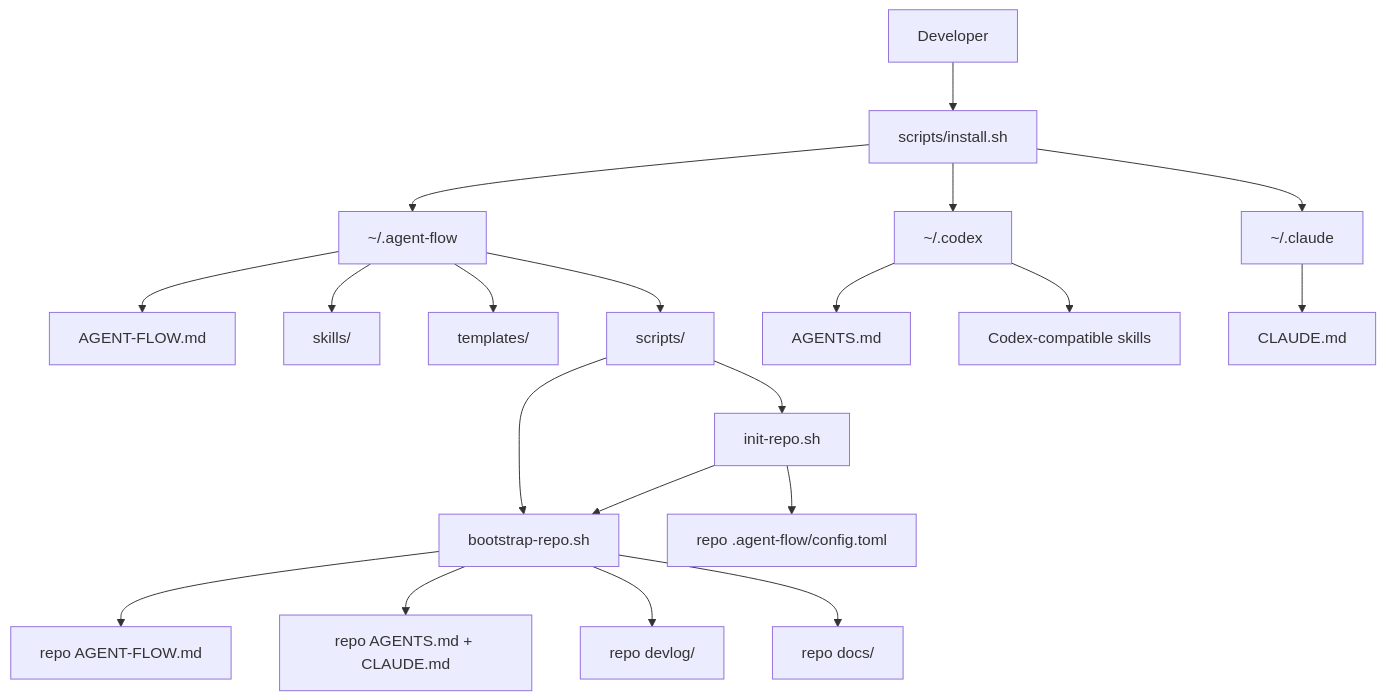
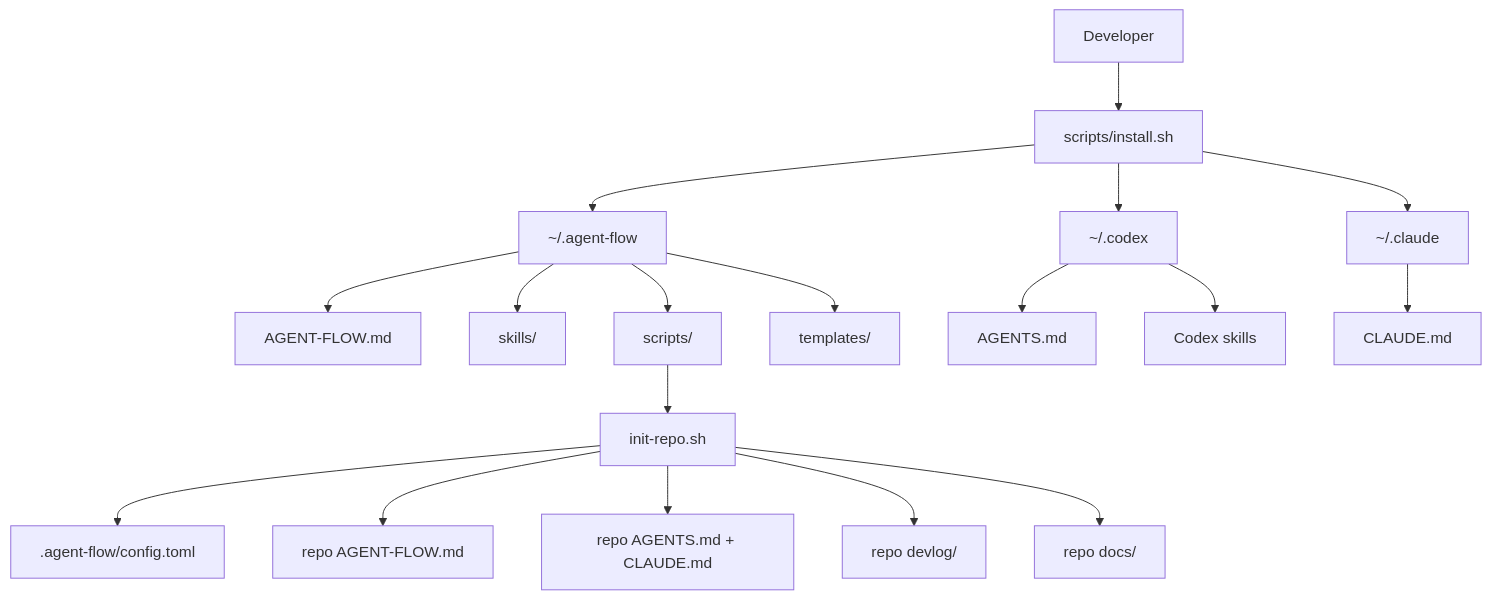
One commit to miketaheny/codex-setup changed the first of 4 diagrams in docs/ARCHITECTURE.md. Above: the diagram before and after it, drawn with Mermaid. The commit also changed other lines of this file and 48 other files, not shown here.

Commit message:
chore: af simplify flow

````diff
--- a/docs/ARCHITECTURE.md
+++ b/docs/ARCHITECTURE.md
@@ -7,25 +7,23 @@
 ```mermaid
 flowchart TD
     User["Developer"] --> Install["scripts/install.sh"]
     Install --> AFHome["~/.agent-flow"]
     Install --> CodexHome["~/.codex"]
     Install --> ClaudeHome["~/.claude"]
 
-    AFHome --> SharedRules["AGENT-FLOW.md"]
-    AFHome --> SharedSkills["skills/"]
-    AFHome --> SharedTemplates["templates/"]
-    AFHome --> SharedScripts["scripts/"]
+    AFHome --> Rules["AGENT-FLOW.md"]
+    AFHome --> Skills["skills/"]
+    AFHome --> Scripts["scripts/"]
+    AFHome --> Templates["templates/"]
 
     CodexHome --> CodexAdapter["AGENTS.md"]
-    CodexHome --> CodexSkills["Codex-compatible skills"]
+    CodexHome --> CodexSkills["Codex skills"]
     ClaudeHome --> ClaudeAdapter["CLAUDE.md"]
 
-    SharedScripts --> Init["init-repo.sh"]
-    SharedScripts --> Bootstrap["bootstrap-repo.sh"]
-    Init --> RepoConfig["repo .agent-flow/config.toml"]
-    Init --> Bootstrap
-    Bootstrap --> RepoRules["repo AGENT-FLOW.md"]
-    Bootstrap --> RepoAdapters["repo AGENTS.md + CLAUDE.md"]
-    Bootstrap --> RepoDevlog["repo devlog/"]
-    Bootstrap --> RepoDocs["repo docs/"]
+    Scripts --> Init["init-repo.sh"]
+    Init --> RepoConfig[".agent-flow/config.toml"]
+    Init --> RepoRules["repo AGENT-FLOW.md"]
+    Init --> RepoAdapters["repo AGENTS.md + CLAUDE.md"]
+    Init --> RepoDevlog["repo devlog/"]
+    Init --> RepoDocs["repo docs/"]
 ```
````
